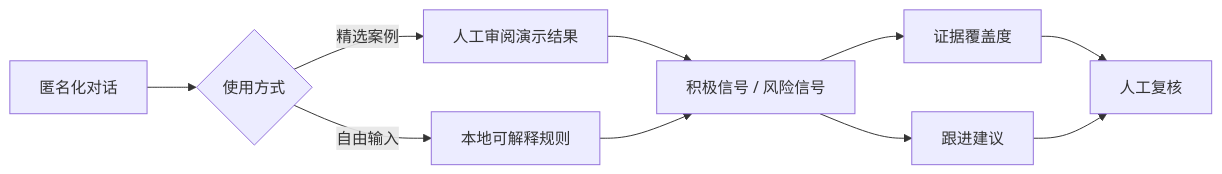
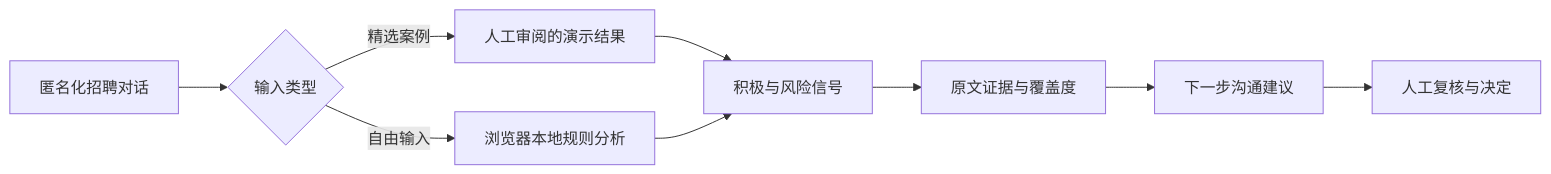
One commit to zoezhuy/signal-copilot changed the diagram in README.md. Above: the diagram before and after it, drawn with Mermaid. The commit also changed other lines of this file, not shown here.

````diff
--- a/README.md
+++ b/README.md
@@ -25,12 +57,11 @@
 ```mermaid
 flowchart LR
-  A[匿名化对话] --> B{使用方式}
-  B -->|精选案例| C[人工审阅演示结果]
-  B -->|自由输入| D[本地可解释规则]
-  C --> E[积极信号 / 风险信号]
+  A[匿名化招聘对话] --> B{输入类型}
+  B -->|精选案例| C[人工审阅的演示结果]
+  B -->|自由输入| D[浏览器本地规则分析]
+  C --> E[积极与风险信号]
   D --> E
-  E --> F[证据覆盖度]
-  E --> G[跟进建议]
-  F --> H[人工复核]
-  G --> H
+  E --> F[原文证据与覆盖度]
+  F --> G[下一步沟通建议]
+  G --> H[人工复核与决定]
 ```
````
